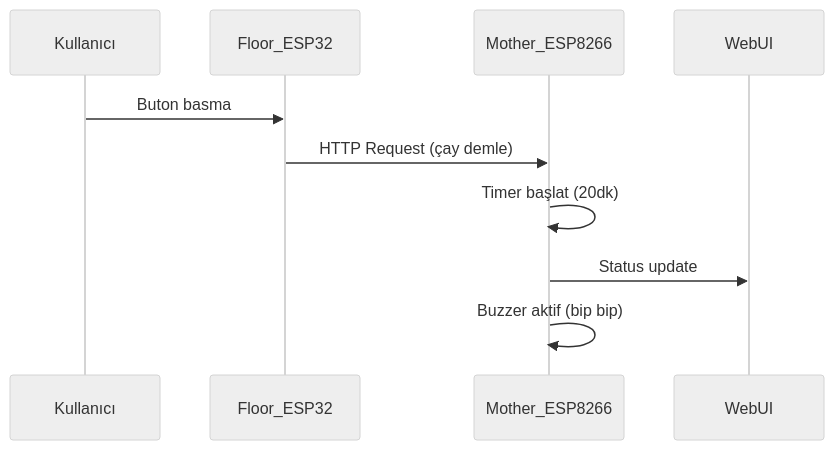
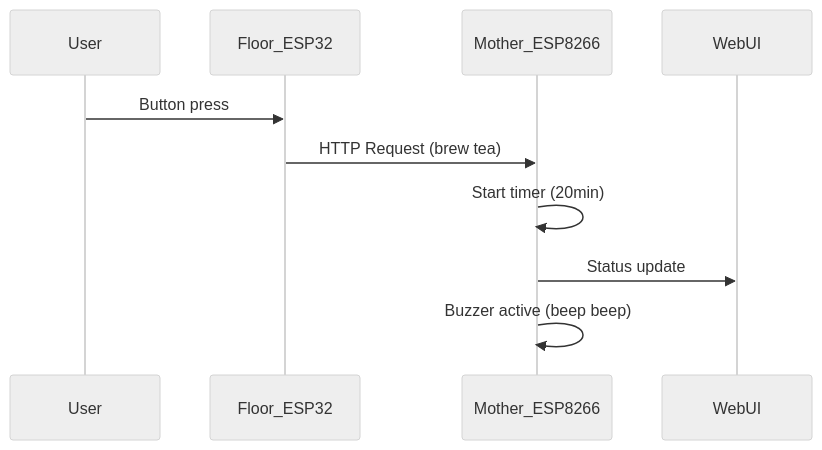
The first of 2 diagrams in README.md (SelcukluOsman/IoT-Tea-Tracking-System), drawn with Mermaid (neutral theme) before and after one commit. The commit also changed other lines of this file, not shown here.

````diff
--- a/README.md
+++ b/README.md
@@ -115,13 +115,13 @@
 ```mermaid
 sequenceDiagram
-    participant Kullanıcı
+    participant User
     participant Floor_ESP32
     participant Mother_ESP8266
     participant WebUI
     
-    Kullanıcı->>Floor_ESP32: Buton basma
-    Floor_ESP32->>Mother_ESP8266: HTTP Request (çay demle)
-    Mother_ESP8266->>Mother_ESP8266: Timer başlat (20dk)
+    User->>Floor_ESP32: Button press
+    Floor_ESP32->>Mother_ESP8266: HTTP Request (brew tea)
+    Mother_ESP8266->>Mother_ESP8266: Start timer (20min)
     Mother_ESP8266->>WebUI: Status update
-    Mother_ESP8266->>Mother_ESP8266: Buzzer aktif (bip bip)
+    Mother_ESP8266->>Mother_ESP8266: Buzzer active (beep beep)
 ```
````
